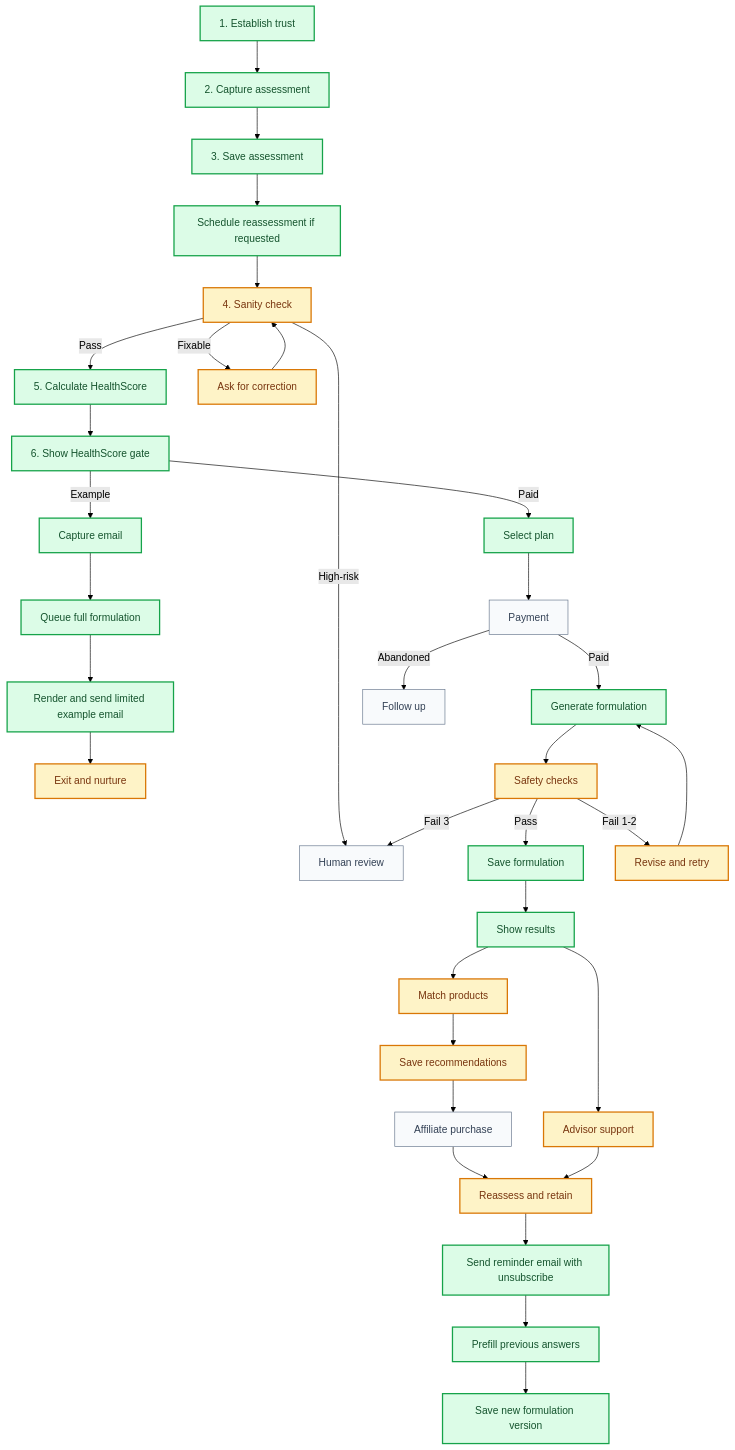
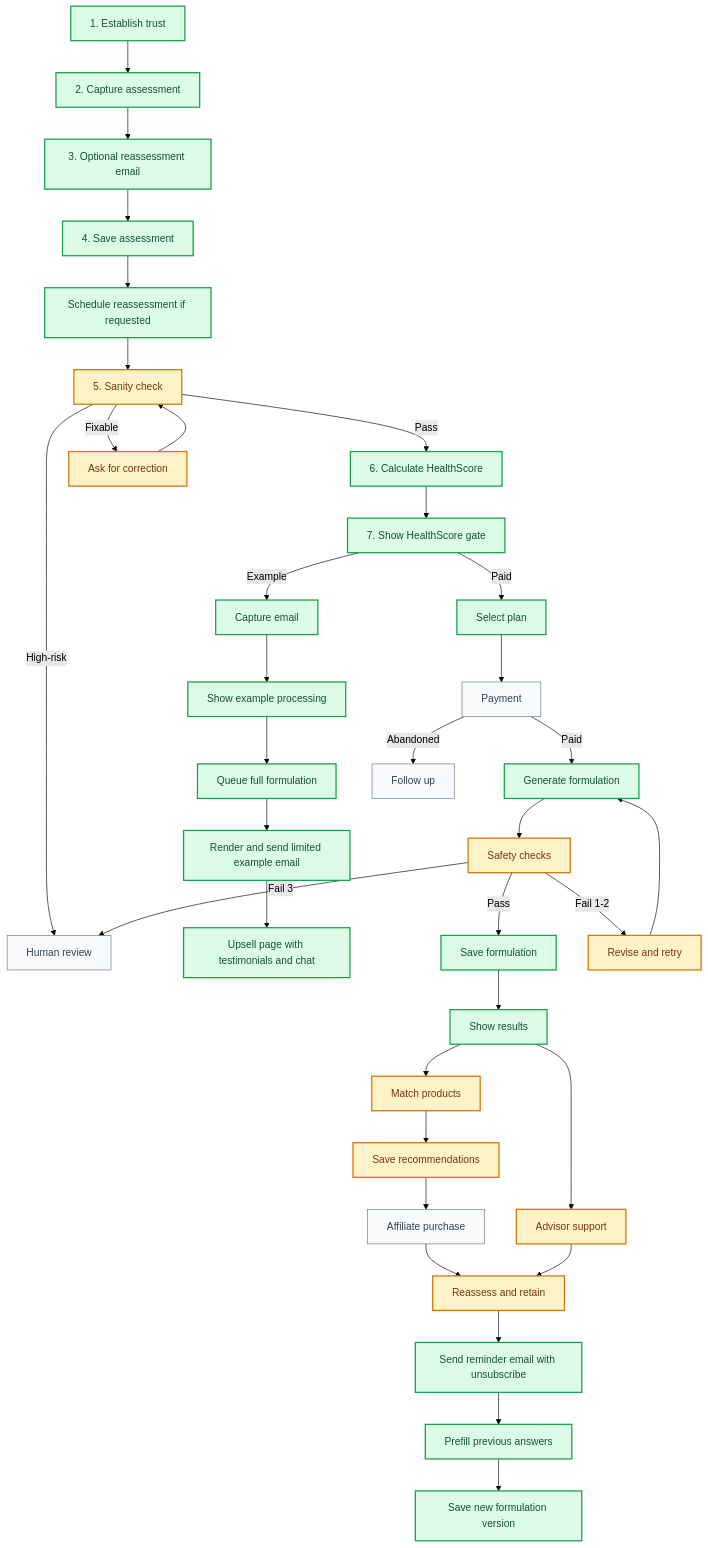
The second of 3 diagrams in docs/business-process-roadmap.md (ni33les/healthspan-ui), drawn with Mermaid (forest theme) before and after one commit. The commit also changed other lines of this file and 10 other files, not shown here.

````diff
--- a/docs/business-process-roadmap.md
+++ b/docs/business-process-roadmap.md
@@ -102,43 +113,45 @@
 ```mermaid
 flowchart TB
   G1["1. Establish trust"] --> G2["2. Capture assessment"]
-  G2 --> G3["3. Save assessment"]
+  G2 --> G2A["3. Optional reassessment email"]
+  G2A --> G3["4. Save assessment"]
   G3 --> G3A["Schedule reassessment if requested"]
-  G3A --> G4["4. Sanity check"]
-  G4 -->|Pass| G5["5. Calculate HealthScore"]
+  G3A --> G4["5. Sanity check"]
+  G4 -->|Pass| G5["6. Calculate HealthScore"]
   G4 -->|Fixable| G6["Ask for correction"]
   G4 -->|High-risk| G7["Human review"]
   G6 --> G4
-  G5 --> G8["6. Show HealthScore gate"]
+  G5 --> G8["7. Show HealthScore gate"]
   G8 -->|Example| G9["Capture email"]
-  G9 --> G10["Queue full formulation"]
-  G10 --> G11["Render and send limited example email"]
-  G11 --> G12["Exit and nurture"]
+  G9 --> G10["Show example processing"]
+  G10 --> G11["Queue full formulation"]
+  G11 --> G12["Render and send limited example email"]
+  G12 --> G12A["Upsell page with testimonials and chat"]
   G8 -->|Paid| G13["Select plan"]
   G13 --> G14["Payment"]
   G14 -->|Paid| G15["Generate formulation"]
   G14 -->|Abandoned| G16["Follow up"]
   G15 --> G17["Safety checks"]
   G17 -->|Pass| G18["Save formulation"]
   G17 -->|Fail 1-2| G19["Revise and retry"]
   G19 --> G15
   G17 -->|Fail 3| G7
   G18 --> G20["Show results"]
   G20 --> G21["Match products"]
   G21 --> G22["Save recommendations"]
   G22 --> G23["Affiliate purchase"]
   G20 --> G24["Advisor support"]
   G23 --> G25["Reassess and retain"]
   G24 --> G25
   G25 --> G25A["Send reminder email with unsubscribe"]
   G25A --> G26["Prefill previous answers"]
   G26 --> G27["Save new formulation version"]
 
   classDef done fill:#dcfce7,stroke:#16a34a,color:#14532d,stroke-width:2px;
   classDef progress fill:#fef3c7,stroke:#d97706,color:#78350f,stroke-width:2px;
   classDef pending fill:#f8fafc,stroke:#64748b,color:#334155,stroke-width:1px;
 
-  class G1,G2,G3,G3A,G5,G8,G9,G10,G11,G13,G15,G18,G20,G25A,G26,G27 done;
-  class G4,G6,G12,G17,G19,G21,G22,G24,G25 progress;
+  class G1,G2,G2A,G3,G3A,G5,G8,G9,G10,G11,G12,G12A,G13,G15,G18,G20,G25A,G26,G27 done;
+  class G4,G6,G17,G19,G21,G22,G24,G25 progress;
   class G7,G14,G16,G23 pending;
 ```
````
